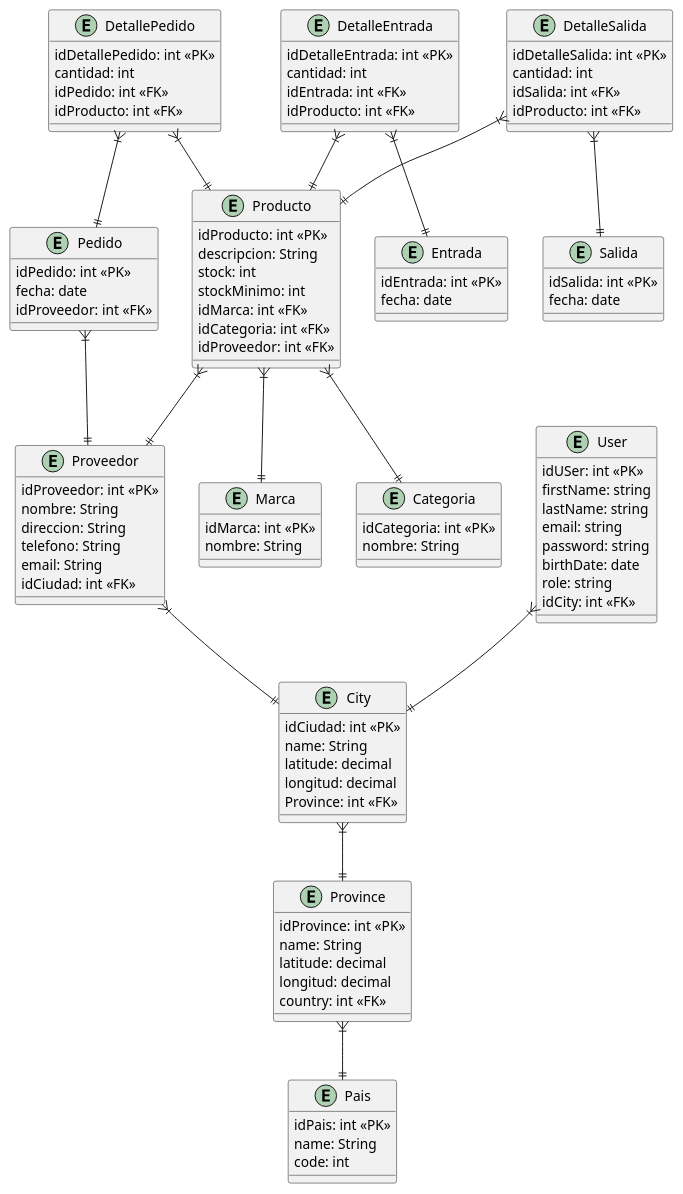
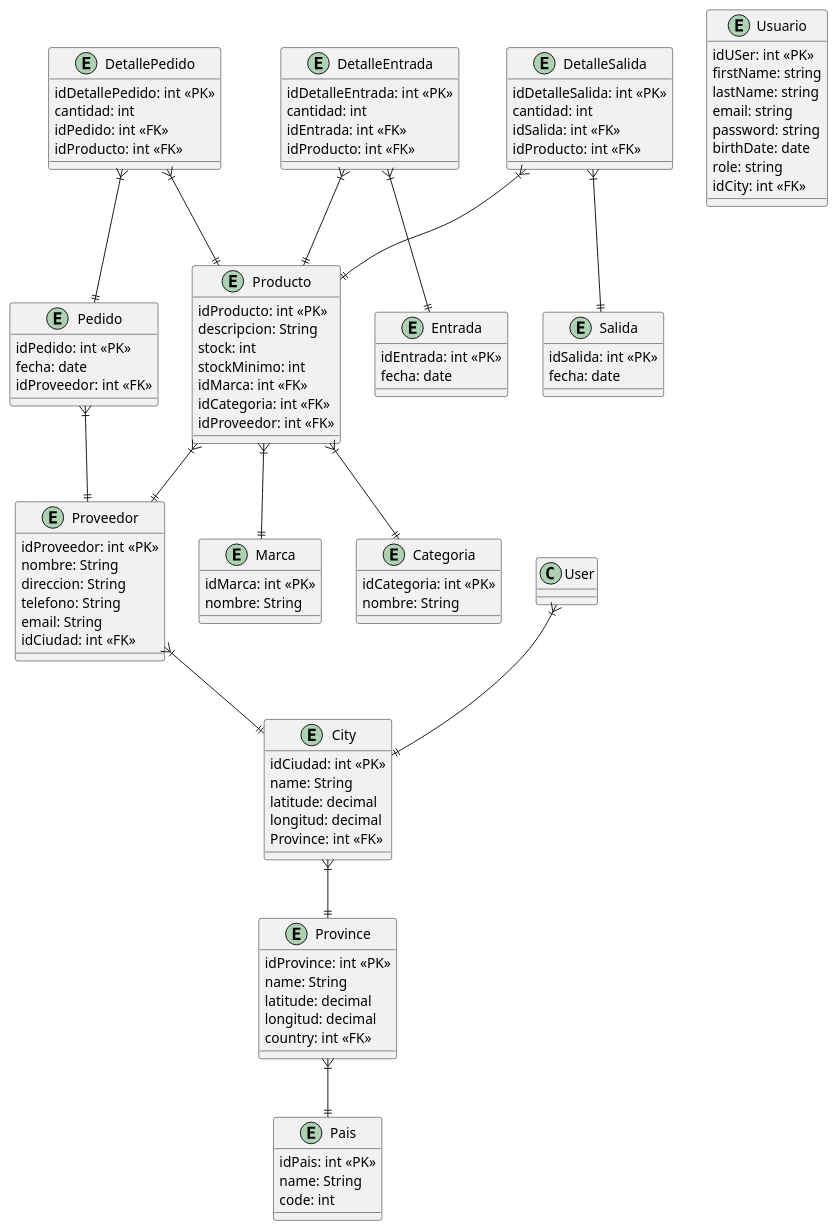
One commit to MartinCostamagna/ControlDeStock changed the diagram in Diagramas/Diagrama de Entidad Relacion.puml. Above: the diagram before and after it, drawn with PlantUML. The commit also changed 3 other files, not shown here.

Commit message:
Actualización diagramas

```diff
--- a/Diagramas/Diagrama de Entidad Relacion.puml
+++ b/Diagramas/Diagrama de Entidad Relacion.puml
@@ -1,116 +1,116 @@
 @startuml Diagrama de Entidad Relacion
 entity Producto {
     idProducto: int <<PK>>
     descripcion: String
     stock: int
     stockMinimo: int
     idMarca: int <<FK>>
     idCategoria: int <<FK>>
     idProveedor: int <<FK>>
 }
 
 entity Marca {
     idMarca: int <<PK>>
     nombre: String
 }
 
 entity Categoria {
     idCategoria: int <<PK>>
     nombre: String
 }
 
 entity Proveedor {
     idProveedor: int <<PK>>
     nombre: String
     direccion: String
     telefono: String
     email: String
     idCiudad: int <<FK>>
 }
 
 entity City {
     idCiudad: int <<PK>>
     name: String
     latitude: decimal
     longitud: decimal
     Province: int <<FK>>
 }
 
 entity Province {
     idProvince: int <<PK>>
     name: String
     latitude: decimal
     longitud: decimal
     country: int <<FK>>
 }
 
 entity Pais {
     idPais: int <<PK>>
     name: String
     code: int
 }
 
 entity Pedido {
     idPedido: int <<PK>>
     fecha: date
     idProveedor: int <<FK>>
 }
 
 entity DetallePedido {
     idDetallePedido: int <<PK>>
     cantidad: int
     idPedido: int <<FK>>
     idProducto: int <<FK>>
 }
 
 entity Entrada {
     idEntrada: int <<PK>>
     fecha: date
 }
 
 entity DetalleEntrada {
     idDetalleEntrada: int <<PK>>
     cantidad: int
     idEntrada: int <<FK>>
     idProducto: int <<FK>>
 }
 
 entity Salida {
     idSalida: int <<PK>>
     fecha: date
 }
 
 entity DetalleSalida {
     idDetalleSalida: int <<PK>>
     cantidad: int
     idSalida: int <<FK>>
     idProducto: int <<FK>>
 }
 
-entity User {
+entity Usuario {
     idUSer: int <<PK>>
     firstName: string
     lastName: string
     email: string
     password: string
     birthDate: date
     role: string
     idCity: int <<FK>>
 }
 
 Producto }|--|| Marca
 Producto }|--|| Categoria
 Producto }|--|| Proveedor
 Proveedor }|--|| City
 User }|--|| City 
 City }|--|| Province
 Province }|--|| Pais
 Pedido }|--|| Proveedor
 DetallePedido }|--|| Pedido
 DetallePedido }|--|| Producto
 DetalleEntrada }|--|| Entrada
 DetalleEntrada }|--|| Producto
 DetalleSalida }|--|| Salida
 DetalleSalida }|--|| Producto
 
 @enduml
```
